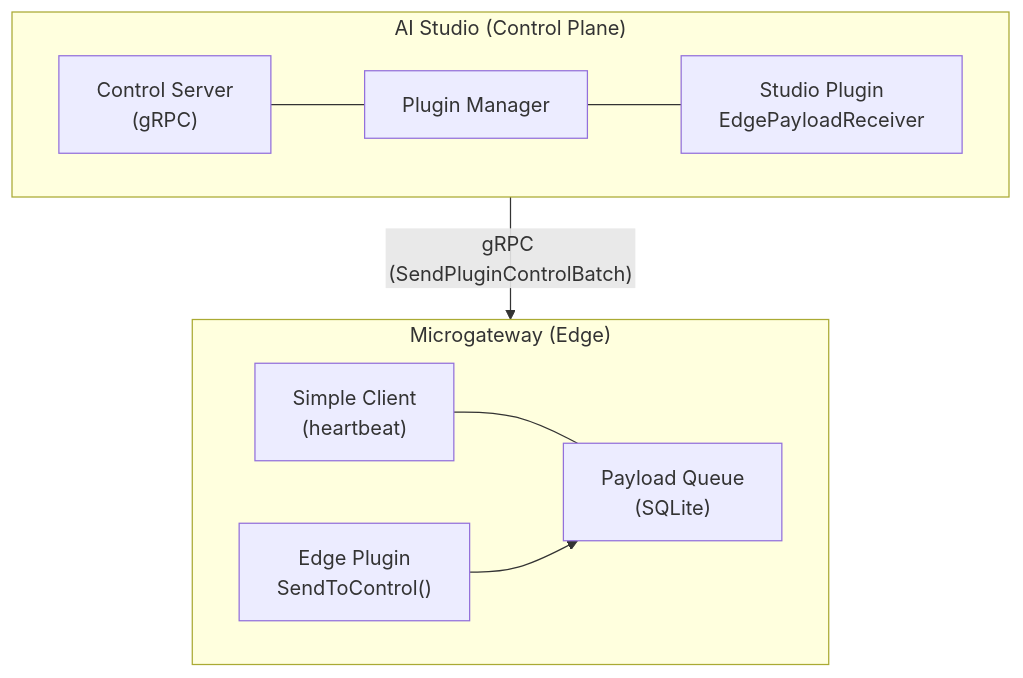
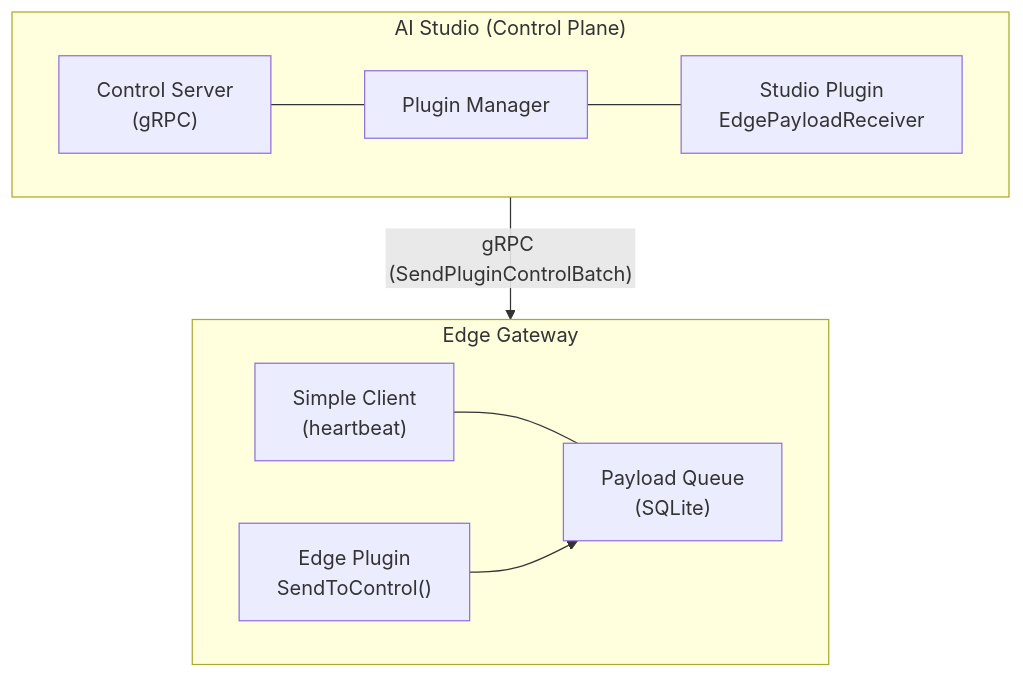
Before and after one commit to TykTechnologies/tyk-docs: the diagram in ai-management/ai-studio/plugins/edge-to-control.mdx, drawn with Mermaid. The commit also changed 3 other files, not shown here.

````diff
--- a/ai-management/ai-studio/plugins/edge-to-control.mdx
+++ b/ai-management/ai-studio/plugins/edge-to-control.mdx
@@ -33,16 +33,16 @@
 ```mermaid
 flowchart TD
     subgraph ControlPlane ["AI Studio (Control Plane)"]
         direction LR
         ControlServer["Control Server<br/>(gRPC)"] --- PluginManager["Plugin Manager"]
         PluginManager --- StudioPlugin["Studio Plugin<br/>EdgePayloadReceiver"]
     end
     
-    subgraph Edge ["Microgateway (Edge)"]
+    subgraph Edge ["Edge Gateway"]
         direction LR
         SimpleClient["Simple Client<br/>(heartbeat)"] --- PayloadQueue["Payload Queue<br/>(SQLite)"]
         EdgePlugin["Edge Plugin<br/>SendToControl()"] --> PayloadQueue
     end
     
     ControlServer -->|"gRPC (SendPluginControlBatch)"| SimpleClient
 ```
````
